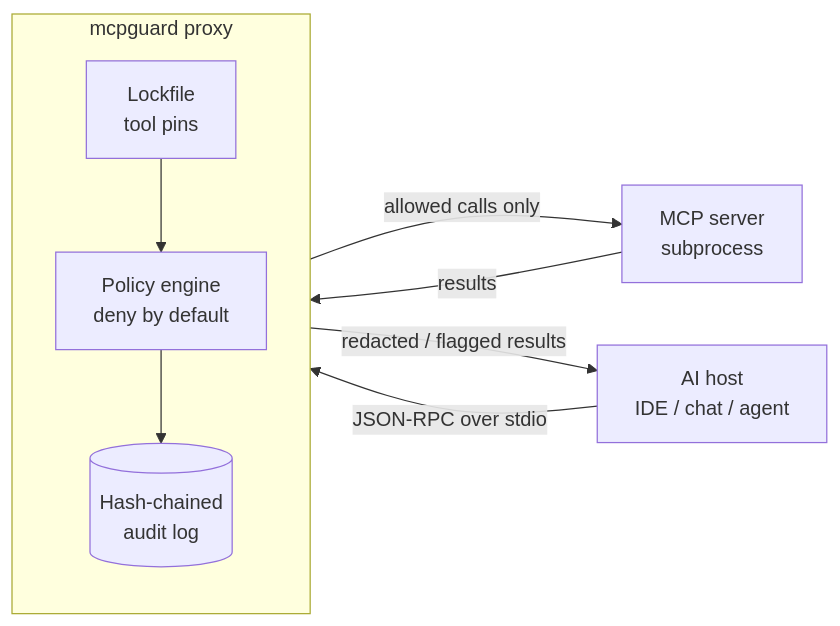
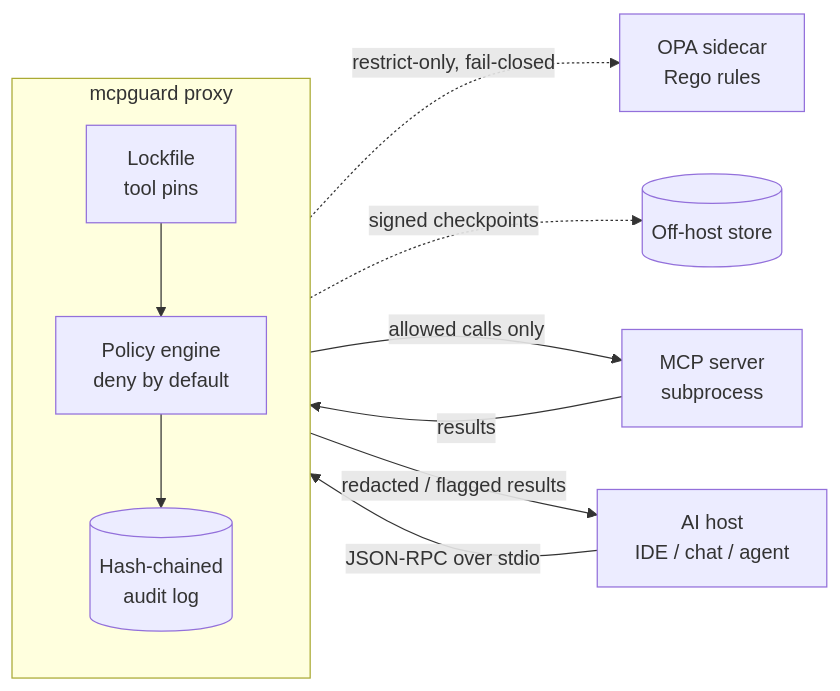
Before and after one commit to md-rubbaite/mcp-security-gateway: the diagram in README.md, drawn with Mermaid. The commit also changed other lines of this file and 2 other files, not shown here.

````diff
--- a/README.md
+++ b/README.md
@@ -43,11 +48,13 @@
 ```mermaid
 flowchart LR
     H[AI host<br/>IDE / chat / agent] -- JSON-RPC over stdio --> G
     subgraph G[mcpguard proxy]
       P[Policy engine<br/>deny by default] --> A[(Hash-chained<br/>audit log)]
       L[Lockfile<br/>tool pins] --> P
     end
+    G -. restrict-only, fail-closed .-> O[OPA sidecar<br/>Rego rules]
+    G -. signed checkpoints .-> X[(Off-host store)]
     G -- allowed calls only --> S[MCP server<br/>subprocess]
     S -- results --> G
     G -- redacted / flagged results --> H
 ```
````
